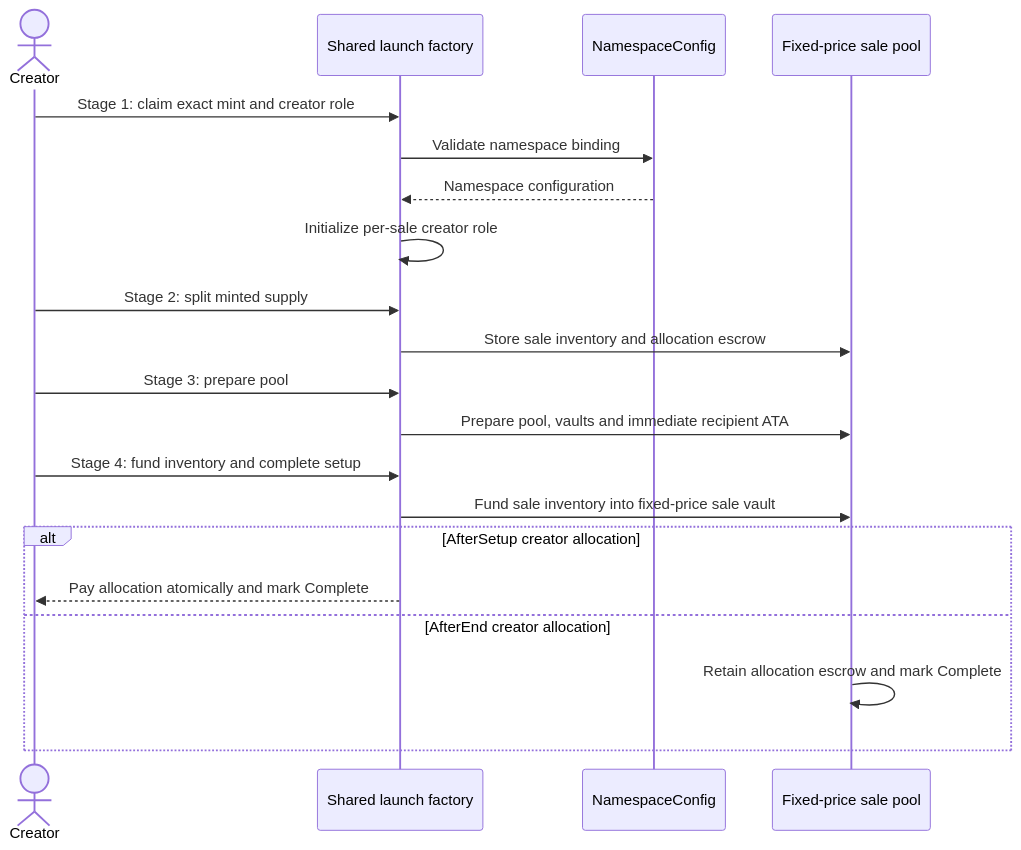
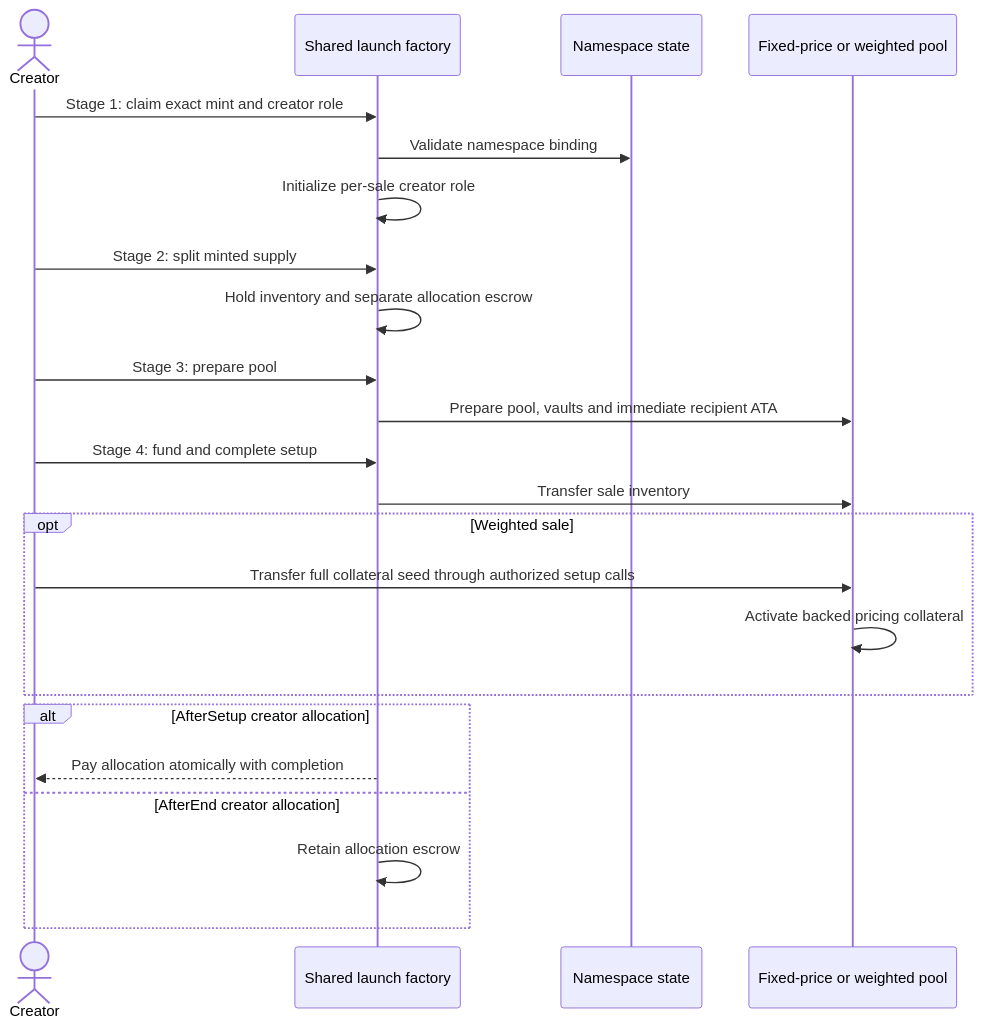
Before and after one commit to bleu/logos-launchpad: the diagram in docs/architecture/sequence-diagrams/create-lbp-pool.md, drawn with Mermaid. The commit also changed other lines of this file and 72 other files, not shown here.

````diff
--- a/docs/architecture/sequence-diagrams/create-lbp-pool.md
+++ b/docs/architecture/sequence-diagrams/create-lbp-pool.md
@@ -12,23 +7,26 @@
 ```mermaid
 sequenceDiagram
     actor Creator
     participant Factory as Shared launch factory
-    participant Namespace as NamespaceConfig
-    participant Pool as Fixed-price sale pool
+    participant Namespace as Namespace state
+    participant Pool as Fixed-price or weighted pool
 
     Creator->>Factory: Stage 1: claim exact mint and creator role
     Factory->>Namespace: Validate namespace binding
-    Namespace-->>Factory: Namespace configuration
     Factory->>Factory: Initialize per-sale creator role
     Creator->>Factory: Stage 2: split minted supply
-    Factory->>Pool: Store sale inventory and allocation escrow
+    Factory->>Factory: Hold inventory and separate allocation escrow
     Creator->>Factory: Stage 3: prepare pool
     Factory->>Pool: Prepare pool, vaults and immediate recipient ATA
-    Creator->>Factory: Stage 4: fund inventory and complete setup
-    Factory->>Pool: Fund sale inventory into fixed-price sale vault
+    Creator->>Factory: Stage 4: fund and complete setup
+    Factory->>Pool: Transfer sale inventory
+    opt Weighted sale
+        Creator->>Pool: Transfer full collateral seed through authorized setup calls
+        Pool->>Pool: Activate backed pricing collateral
+    end
     alt AfterSetup creator allocation
-        Factory-->>Creator: Pay allocation atomically and mark Complete
+        Factory-->>Creator: Pay allocation atomically with completion
     else AfterEnd creator allocation
-        Pool->>Pool: Retain allocation escrow and mark Complete
+        Factory->>Factory: Retain allocation escrow
     end
 ```
````
